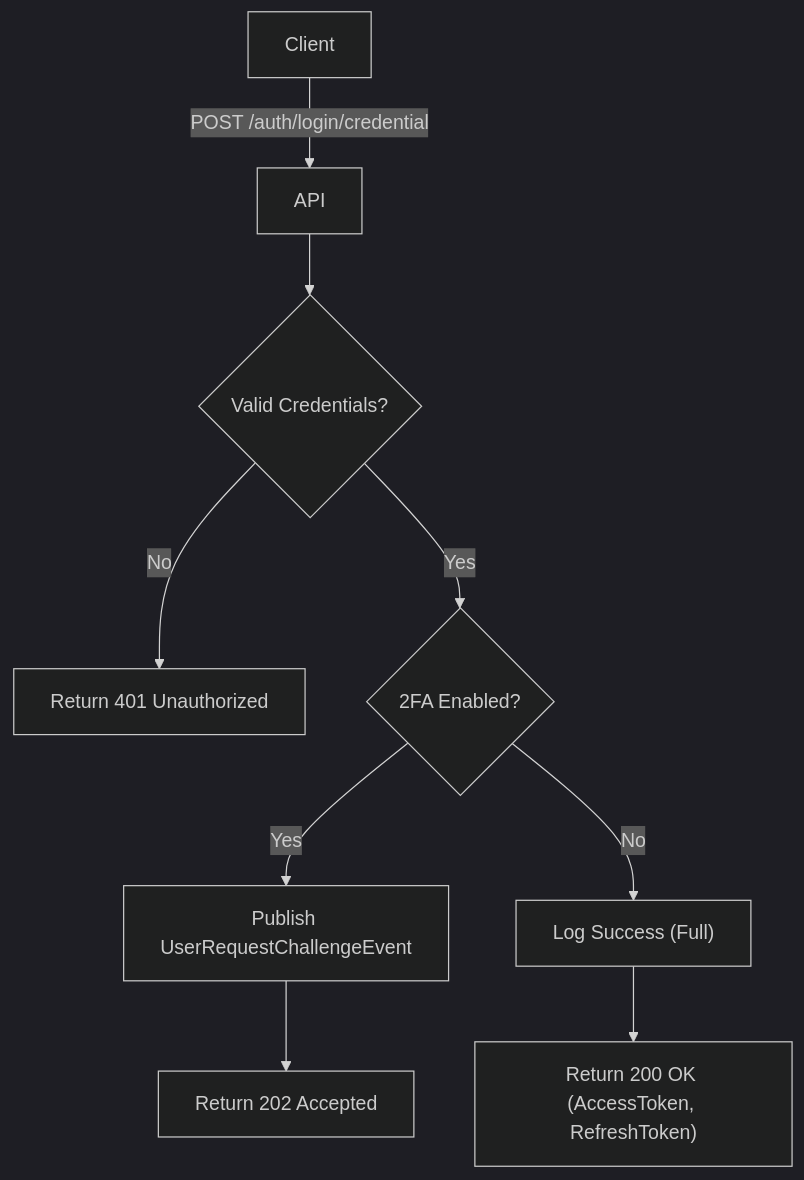
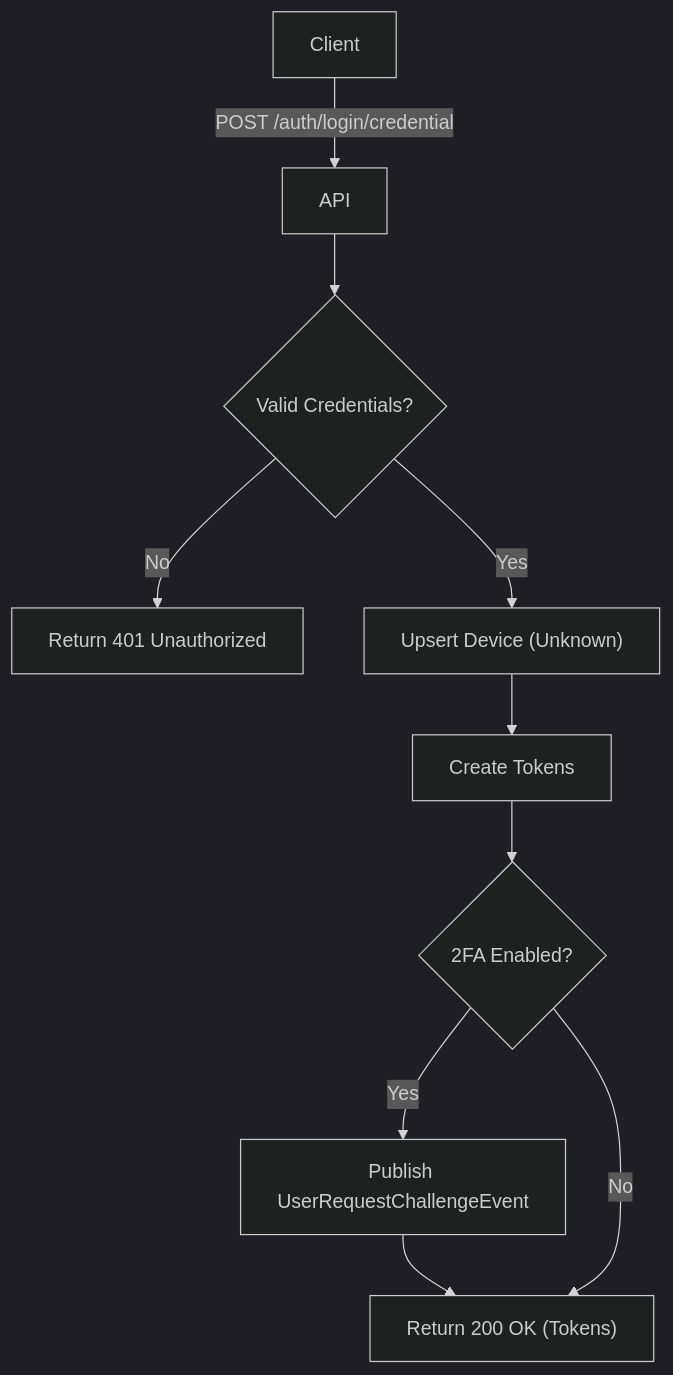
The diagram in apps/doc/src/content/api/auth/login-using-credential.mdx (leandroluk/investor), drawn with Mermaid (dark theme) before and after one commit. The commit also changed other lines of this file and 13 other files, not shown here.

````diff
--- a/apps/doc/src/content/api/auth/login-using-credential.mdx
+++ b/apps/doc/src/content/api/auth/login-using-credential.mdx
@@ -27,11 +33,12 @@
 ```mermaid
 flowchart TD
   A["Client"] -- "POST /auth/login/credential" --> B["API"]
   B --> C{"Valid Credentials?"}
   C -- "No" --> D["Return 401 Unauthorized"]
-  C -- "Yes" --> E{"2FA Enabled?"}
-  E -- "Yes" --> F["Publish UserRequestChallengeEvent"]
-  F --> G["Return 202 Accepted"]
-  E -- "No" --> H["Log Success (Full)"]
-  H --> I["Return 200 OK (AccessToken, RefreshToken)"]
+  C -- "Yes" --> E["Upsert Device (Unknown)"]
+  E --> F["Create Tokens"]
+  F --> G{"2FA Enabled?"}
+  G -- "Yes" --> H["Publish UserRequestChallengeEvent"]
+  H --> I["Return 200 OK (Tokens)"]
+  G -- "No" --> I
 ```
````
